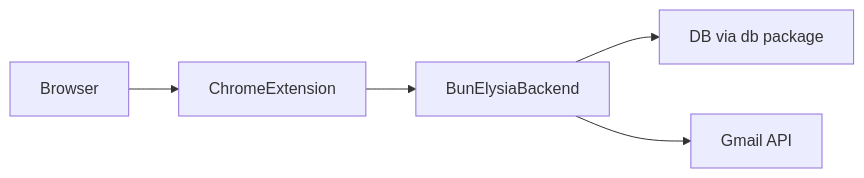
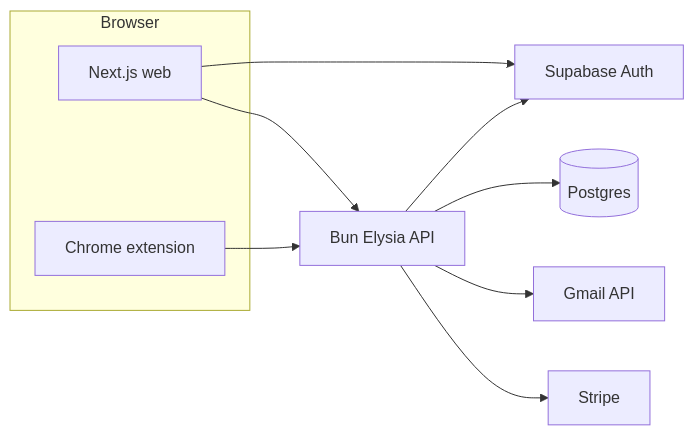
The diagram in README.md (aizen2006/Mailpilot), drawn with Mermaid before and after one commit. The commit also changed other lines of this file and 55 other files, not shown here.

````diff
--- a/README.md
+++ b/README.md
@@ -21,7 +19,20 @@
 ```mermaid
 flowchart LR
-  browser[Browser] --> extension[ChromeExtension]
-  extension --> backend[BunElysiaBackend]
-  backend --> db[DB via db package]
-  backend --> gmail[Gmail API]
+  subgraph browser[Browser]
+    web[Next.js web]
+    ext[Chrome extension]
+  end
+  supa[Supabase Auth]
+  api[Bun Elysia API]
+  db[(Postgres)]
+  gmail[Gmail API]
+  stripe[Stripe]
+
+  web --> supa
+  web --> api
+  ext --> api
+  api --> supa
+  api --> db
+  api --> gmail
+  api --> stripe
 ```
````
